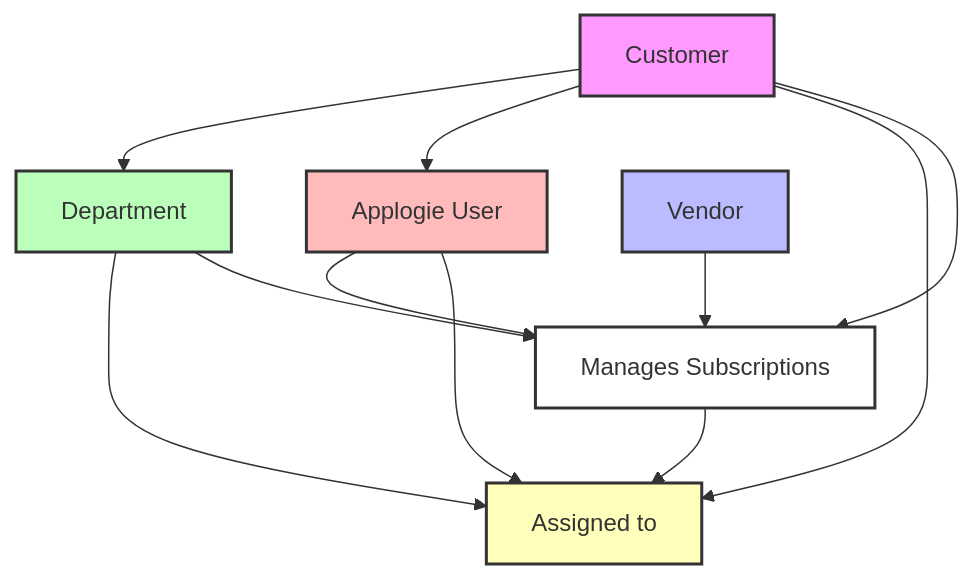
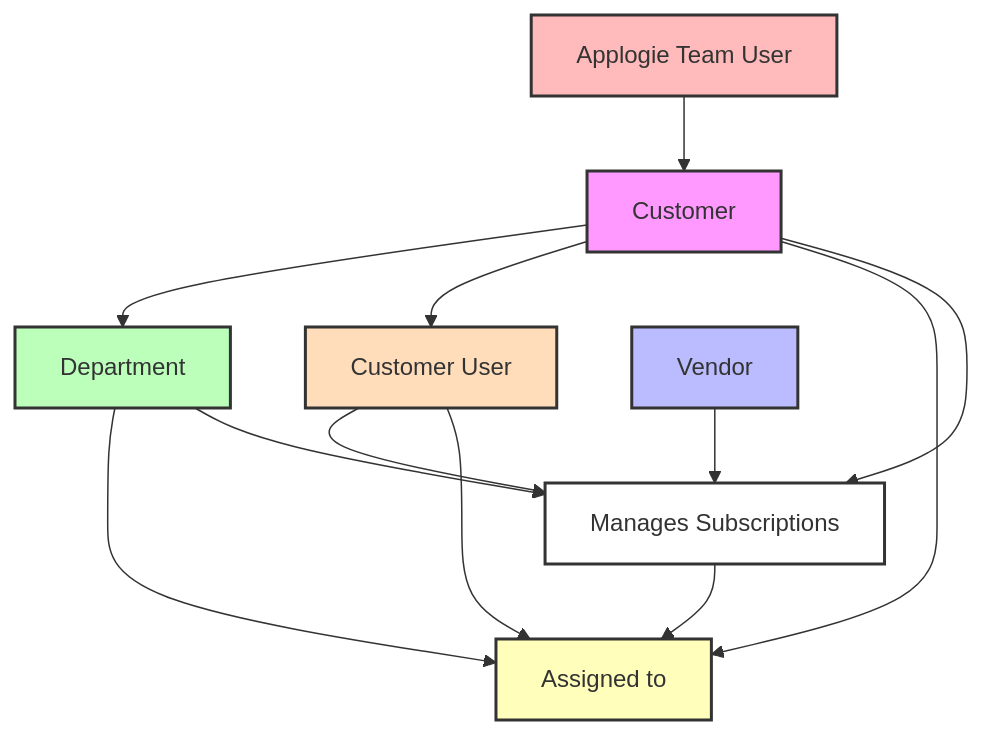
One commit to bcarr-applogie/applogie-product changed the diagram in docs/glossary.md. Above: the diagram before and after it, drawn with Mermaid. The commit also changed other lines of this file, not shown here.

Commit message:
docs: Reorganize and clarify user terminology in glossary

````diff
--- a/docs/glossary.md
+++ b/docs/glossary.md
@@ -180,20 +183,22 @@
 ```mermaid
 graph TD
     Customer --> Department
-    Customer --> Applogie[Applogie User]
-    Customer --> License[License User]
+    Customer --> CustomerUser[Customer User]
+    Customer --> LicenseUser[License User]
     Customer --> Subscription
     Vendor --> Subscription
-    Department --> License[License User *]
+    Department --> LicenseUser[License User *]
     Department --> Subscription[Subscription *]
-    Applogie --> Subscription[Manages Subscriptions]
-    Applogie --> License[Manages License Users]
-    Subscription --> License[Assigned to]
+    CustomerUser --> Subscription[Manages Subscriptions]
+    CustomerUser --> LicenseUser[Manages License Users]
+    Subscription --> LicenseUser[Assigned to]
+    ApplogieTeamUser[Applogie Team User] --> Customer
     
     style Customer fill:#f9f,stroke:#333,stroke-width:2px
     style Vendor fill:#bbf,stroke:#333,stroke-width:2px
     style Department fill:#bfb,stroke:#333,stroke-width:2px
-    style Applogie fill:#fbb,stroke:#333,stroke-width:2px
-    style License fill:#ffb,stroke:#333,stroke-width:2px
+    style ApplogieTeamUser fill:#fbb,stroke:#333,stroke-width:2px
+    style CustomerUser fill:#fdb,stroke:#333,stroke-width:2px
+    style LicenseUser fill:#ffb,stroke:#333,stroke-width:2px
     style Subscription fill:#fff,stroke:#333,stroke-width:2px
 ```
````
